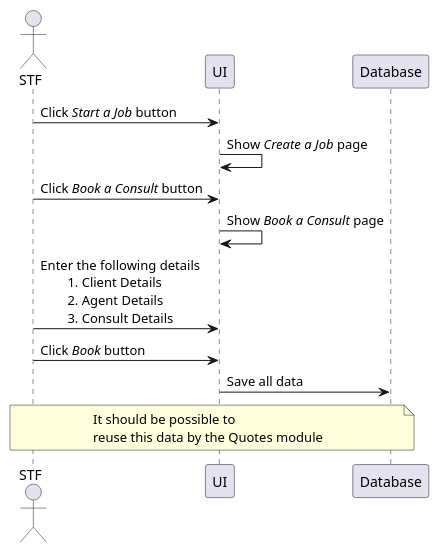
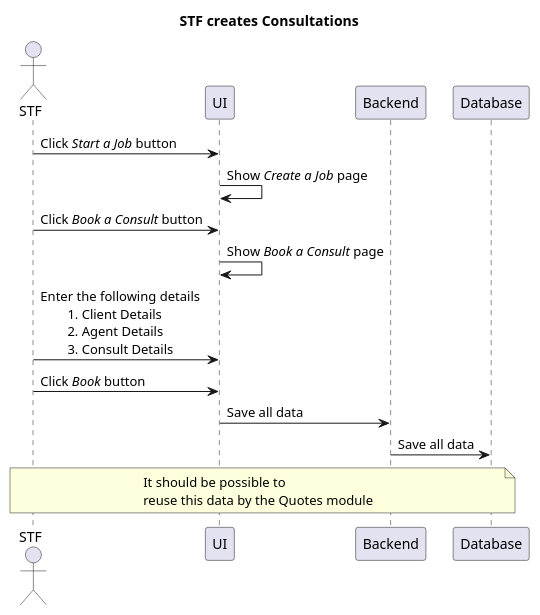
Before and after one commit to jpgacrama/NovariSpecs: the diagram in STF/STF_CreateConsultations.pu, drawn with PlantUML.

Commit message:
Added Backend when STF wants to create Consultations

```diff
--- a/STF/STF_CreateConsultations.pu
+++ b/STF/STF_CreateConsultations.pu
@@ -3,19 +3,21 @@
 @startuml
+    title STF creates Consultations
 
     actor "STF" as STF
 
     STF  -> UI: Click //Start a Job// button
     UI -> UI: Show //Create a Job// page
     STF -> UI: Click //Book a Consult// button
     UI -> UI: Show //Book a Consult// page
     STF -> UI: Enter the following details\n\t1. Client Details\n\t2. Agent Details\n\t3. Consult Details
 
     STF -> UI: Click //Book// button
 
-    UI -> Database: Save all data
+    UI -> Backend: Save all data
+    Backend -> Database: Save all data
 
     note over STF, Database 
         It should be possible to
         reuse this data by the Quotes module
     end note
 @enduml
```
